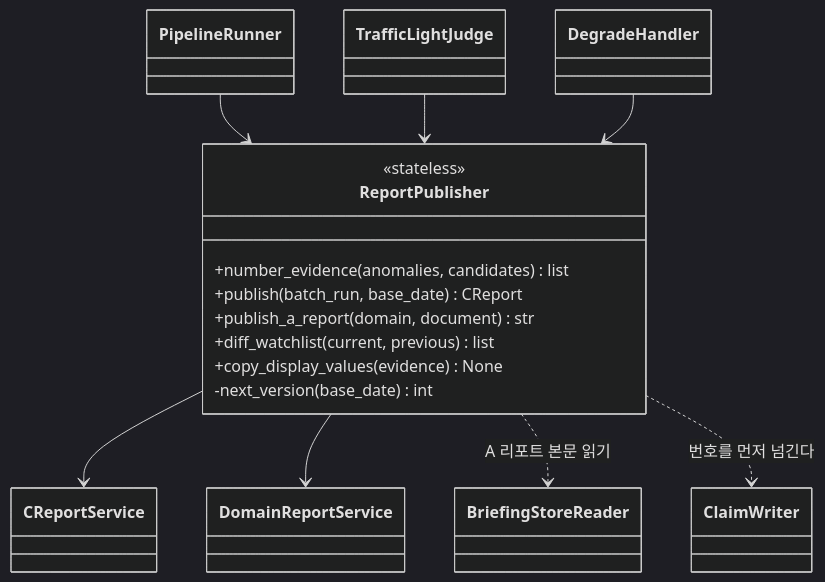
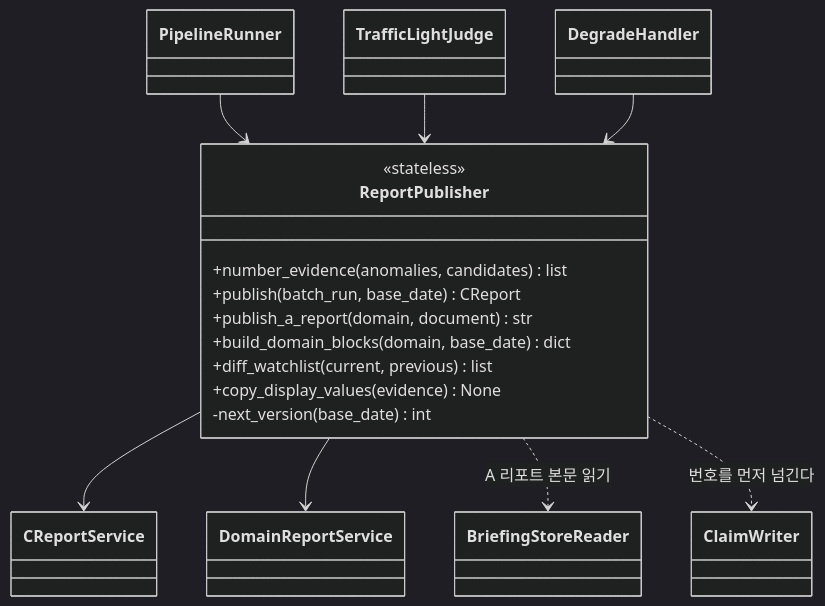
Diagram 24 of 32 in docs/specs/06-DOM/TBL-DOM-005.md (HoyoungParkme/tableau_platform), drawn with Mermaid (dark theme) before and after one commit. The commit also changed other lines of this file, not shown here.

Commit message:
유저 결정 2026-10-01 반영: 2장 소유 문장, AJudgmentReader·BriefingStoreReader 규칙(뷰 둘, intel_reader), ReportPublisher.build_domain_blocks 신설, 5장 미결 셋 해소.

````diff
--- a/docs/specs/06-DOM/TBL-DOM-005.md
+++ b/docs/specs/06-DOM/TBL-DOM-005.md
@@ -1786,19 +1786,20 @@
 ```mermaid
 classDiagram
   class ReportPublisher {
     <<stateless>>
     +number_evidence(anomalies, candidates) list
     +publish(batch_run, base_date) CReport
     +publish_a_report(domain, document) str
+    +build_domain_blocks(domain, base_date) dict
     +diff_watchlist(current, previous) list
     +copy_display_values(evidence) None
     -next_version(base_date) int
   }
   PipelineRunner --> ReportPublisher
   TrafficLightJudge --> ReportPublisher
   DegradeHandler --> ReportPublisher
   ReportPublisher --> CReportService
   ReportPublisher --> DomainReportService
   ReportPublisher ..> BriefingStoreReader : A 리포트 본문 읽기
   ReportPublisher ..> ClaimWriter : 번호를 먼저 넘긴다
 ```
````
